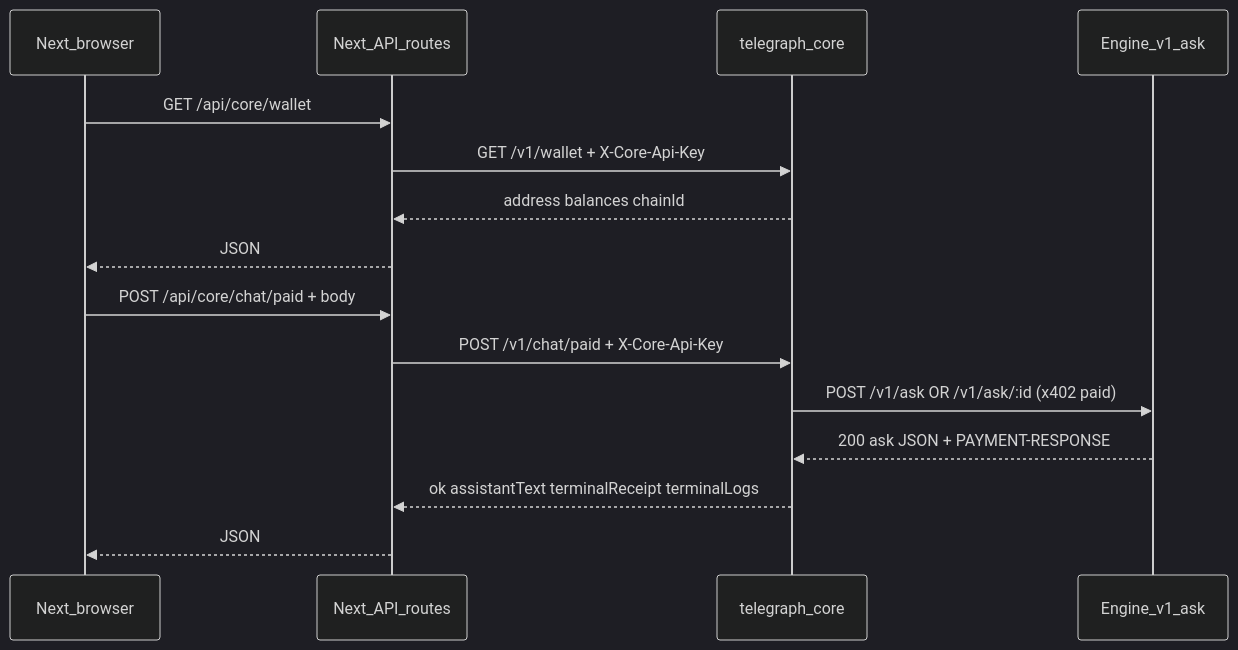
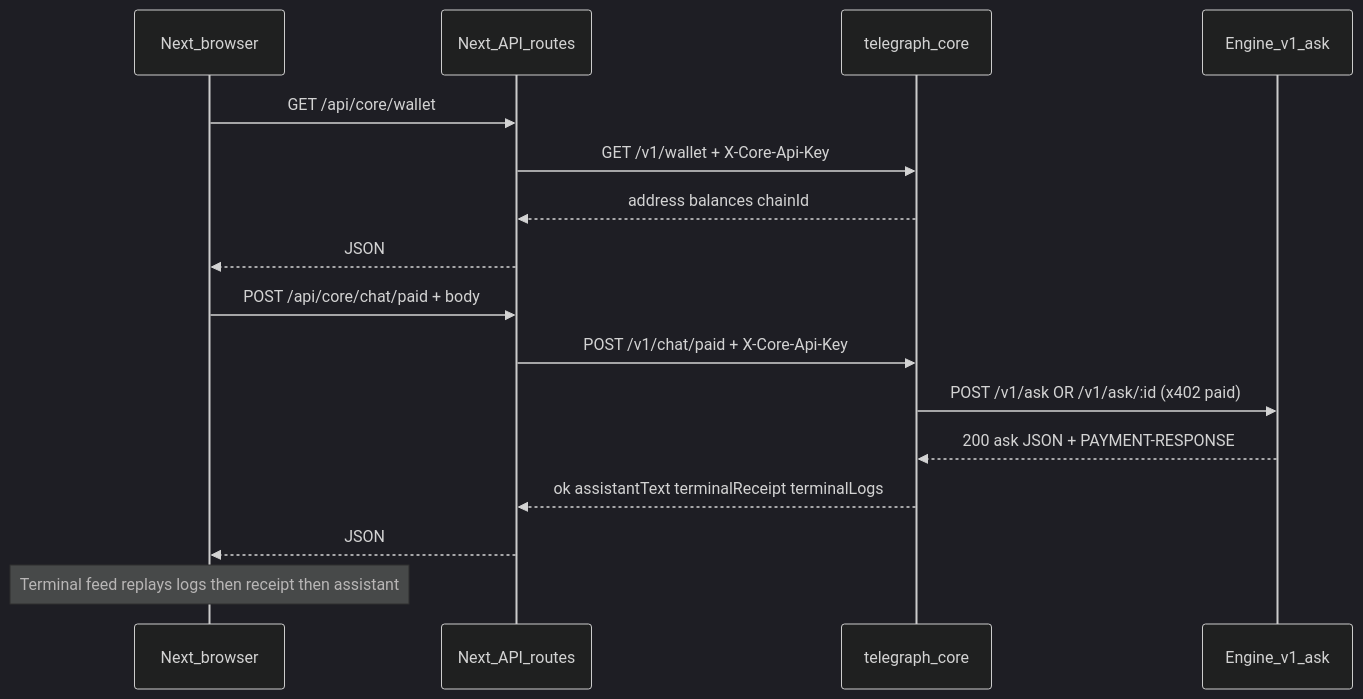
One commit to telegraphprotocol/telegraph-terminal changed the diagram in Docs/core-custodial-x402.md. Above: the diagram before and after it, drawn with Mermaid (dark theme). The commit also changed other lines of this file and 8 other files, not shown here.

First line of the commit message:
Add gradual terminal feed playback and defer assistant reply until complete.

````diff
--- a/Docs/core-custodial-x402.md
+++ b/Docs/core-custodial-x402.md
@@ -17,19 +17,20 @@
 ```mermaid
 sequenceDiagram
   participant Browser as Next_browser
   participant Next as Next_API_routes
   participant Core as telegraph_core
   participant Engine as Engine_v1_ask
 
   Browser->>Next: GET /api/core/wallet
   Next->>Core: GET /v1/wallet + X-Core-Api-Key
   Core-->>Next: address balances chainId
   Next-->>Browser: JSON
 
   Browser->>Next: POST /api/core/chat/paid + body
   Next->>Core: POST /v1/chat/paid + X-Core-Api-Key
   Core->>Engine: POST /v1/ask OR /v1/ask/:id (x402 paid)
   Engine-->>Core: 200 ask JSON + PAYMENT-RESPONSE
   Core-->>Next: ok assistantText terminalReceipt terminalLogs
   Next-->>Browser: JSON
+  Note over Browser: Terminal feed replays logs then receipt then assistant
 ```
````
